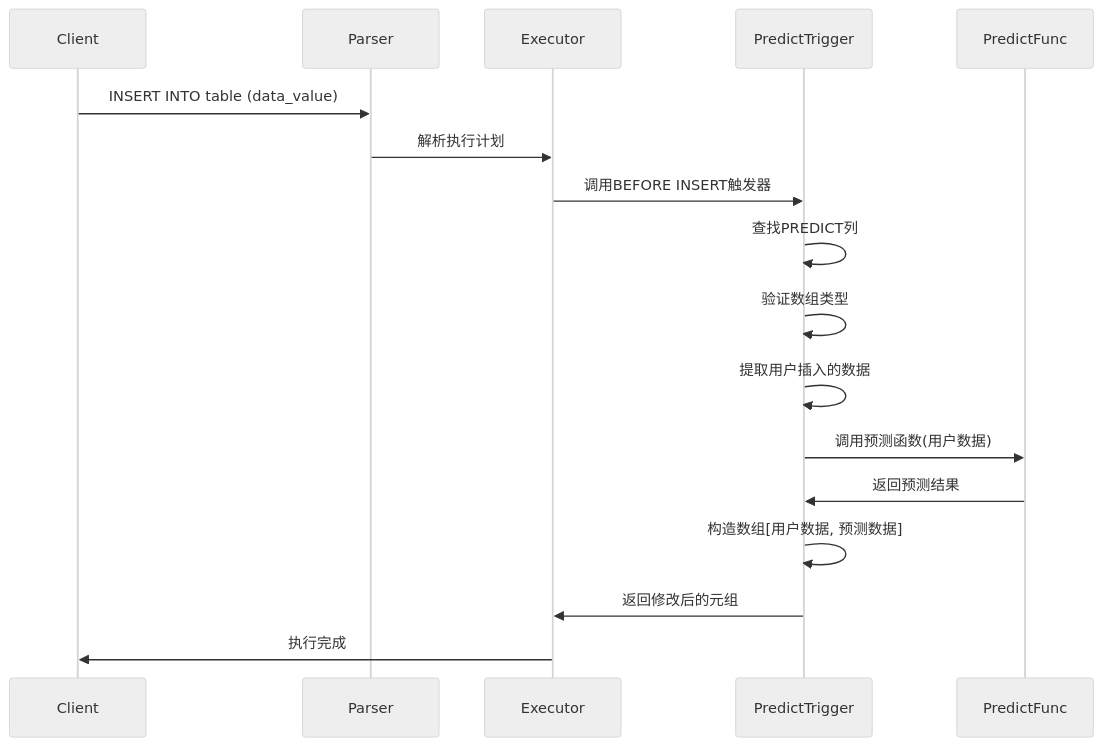
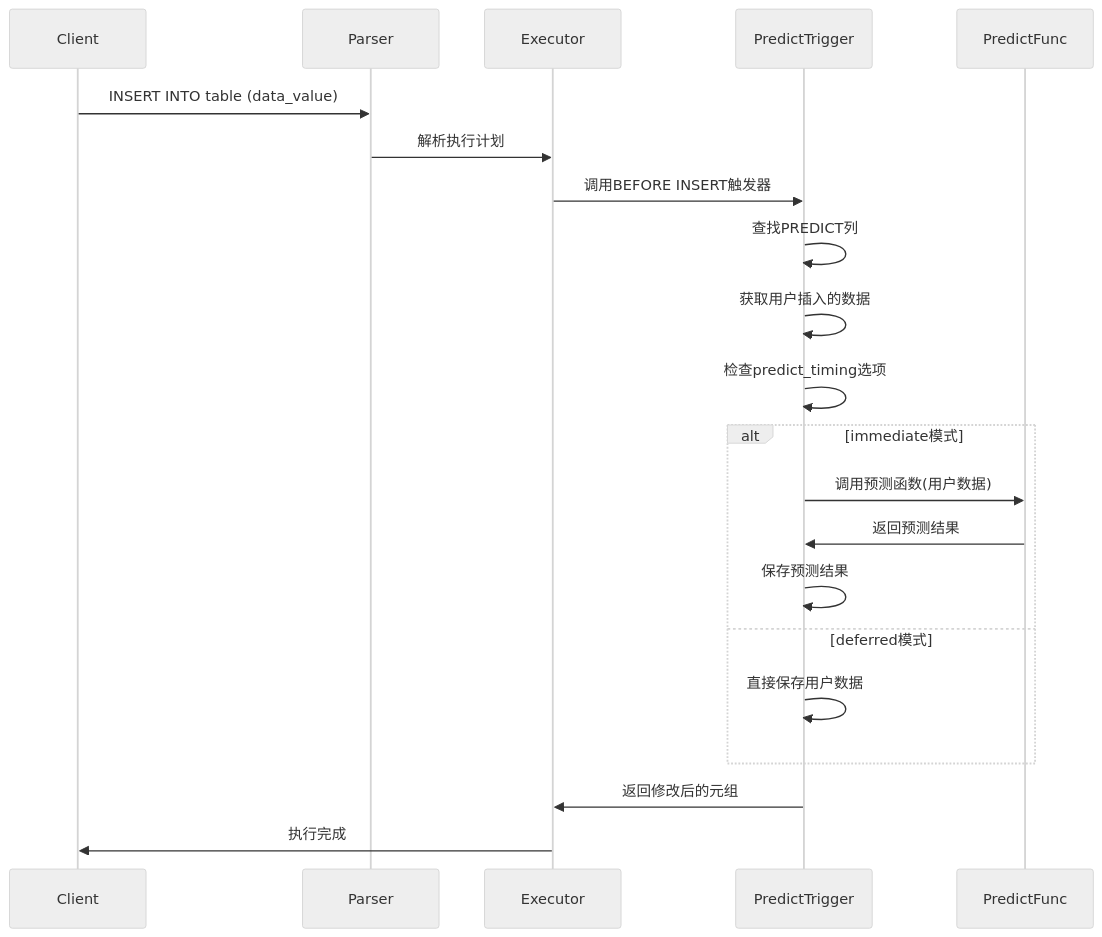
Before and after one commit to ZhongChaoqiang/postgres: the third of 5 diagrams in doc/predict/PREDICT_DETAILED_DESIGN.md, drawn with Mermaid (neutral theme). The commit also changed other lines of this file and 4 other files, not shown here.

````diff
--- a/doc/predict/PREDICT_DETAILED_DESIGN.md
+++ b/doc/predict/PREDICT_DETAILED_DESIGN.md
@@ -379,20 +426,26 @@
 ```mermaid
 sequenceDiagram
     participant Client
     participant Parser
     participant Executor
     participant PredictTrigger
     participant PredictFunc
     
     Client->>Parser: INSERT INTO table (data_value)
     Parser->>Executor: 解析执行计划
     Executor->>PredictTrigger: 调用BEFORE INSERT触发器
     PredictTrigger->>PredictTrigger: 查找PREDICT列
-    PredictTrigger->>PredictTrigger: 验证数组类型
-    PredictTrigger->>PredictTrigger: 提取用户插入的数据
-    PredictTrigger->>PredictFunc: 调用预测函数(用户数据)
-    PredictFunc->>PredictTrigger: 返回预测结果
-    PredictTrigger->>PredictTrigger: 构造数组[用户数据, 预测数据]
+    PredictTrigger->>PredictTrigger: 获取用户插入的数据
+    PredictTrigger->>PredictTrigger: 检查predict_timing选项
+    
+    alt immediate模式
+        PredictTrigger->>PredictFunc: 调用预测函数(用户数据)
+        PredictFunc->>PredictTrigger: 返回预测结果
+        PredictTrigger->>PredictTrigger: 保存预测结果
+    else deferred模式
+        PredictTrigger->>PredictTrigger: 直接保存用户数据
+    end
+    
     PredictTrigger->>Executor: 返回修改后的元组
     Executor->>Client: 执行完成
 ```
````
